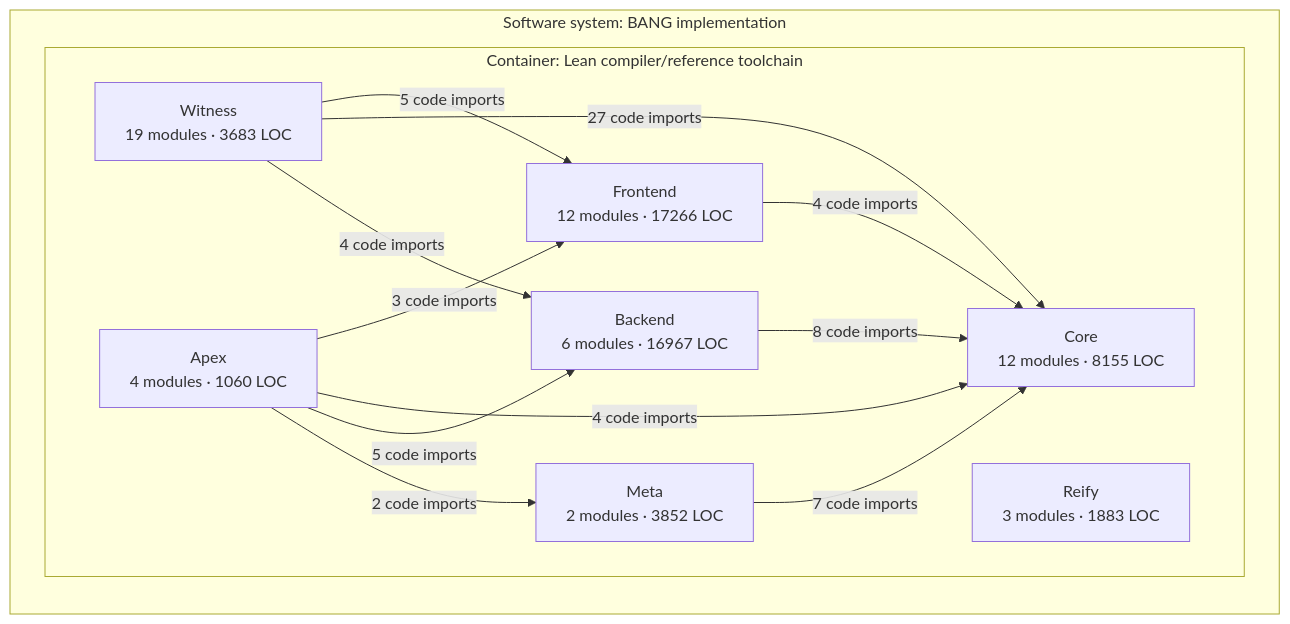
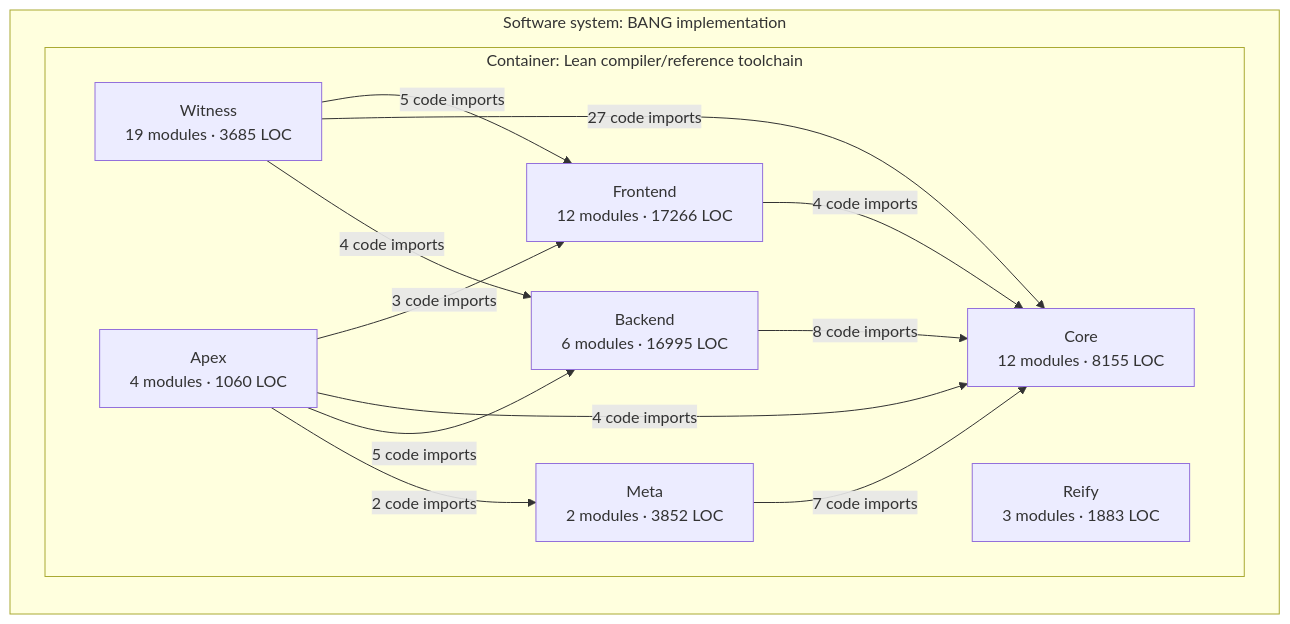
One commit to phibkro/bang changed the third of 3 diagrams in docs/architecture/core-overview.md. Above: the diagram before and after it, drawn with Mermaid. The commit also changed other lines of this file and 13 other files, not shown here.

````diff
--- a/docs/architecture/core-overview.md
+++ b/docs/architecture/core-overview.md
@@ -160,24 +160,24 @@
 ```mermaid
 flowchart LR
   subgraph system_BANG["Software system: BANG implementation"]
     subgraph container_Lean_toolchain["Container: Lean compiler/reference toolchain"]
       component_Frontend["Frontend<br/>12 modules · 17266 LOC"]
       component_Core["Core<br/>12 modules · 8155 LOC"]
-      component_Backend["Backend<br/>6 modules · 16967 LOC"]
+      component_Backend["Backend<br/>6 modules · 16995 LOC"]
       component_Meta["Meta<br/>2 modules · 3852 LOC"]
-      component_Witness["Witness<br/>19 modules · 3683 LOC"]
+      component_Witness["Witness<br/>19 modules · 3685 LOC"]
       component_Reify["Reify<br/>3 modules · 1883 LOC"]
       component_Apex["Apex<br/>4 modules · 1060 LOC"]
     end
   end
   component_Frontend -->|4 code imports| component_Core
   component_Backend -->|8 code imports| component_Core
   component_Meta -->|7 code imports| component_Core
   component_Witness -->|5 code imports| component_Frontend
   component_Witness -->|27 code imports| component_Core
   component_Witness -->|4 code imports| component_Backend
   component_Apex -->|3 code imports| component_Frontend
   component_Apex -->|4 code imports| component_Core
   component_Apex -->|5 code imports| component_Backend
   component_Apex -->|2 code imports| component_Meta
 ```
````
